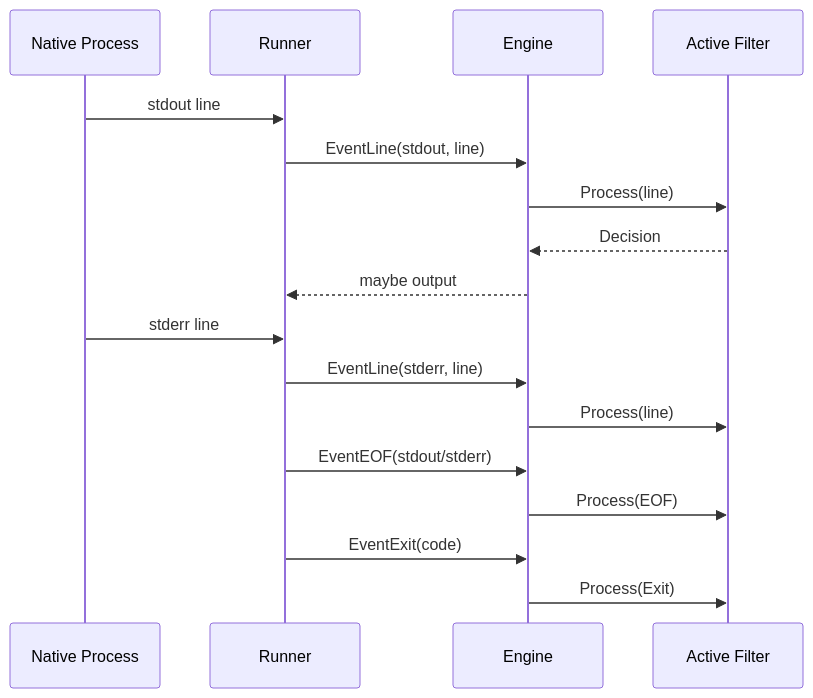
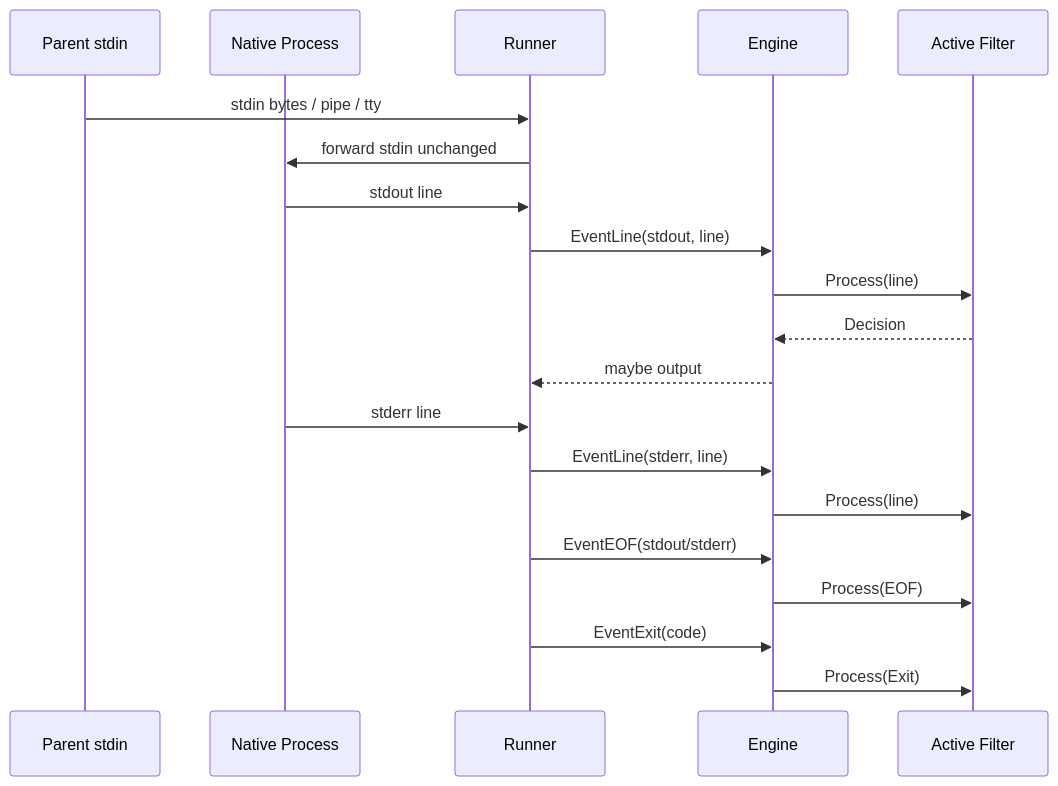
The second of 2 diagrams in ARCHITECTURE.md (SuppieRK/ccp), drawn with Mermaid before and after one commit. The commit also changed other lines of this file and 48 other files, not shown here.

````diff
--- a/ARCHITECTURE.md
+++ b/ARCHITECTURE.md
@@ -113,22 +116,26 @@
 ```mermaid
 sequenceDiagram
+    participant In as Parent stdin
     participant Proc as Native Process
     participant Run as Runner
     participant Eng as Engine
     participant Fil as Active Filter
+
+    In->>Run: stdin bytes / pipe / tty
+    Run->>Proc: forward stdin unchanged
 
     Proc->>Run: stdout line
     Run->>Eng: EventLine(stdout, line)
     Eng->>Fil: Process(line)
     Fil-->>Eng: Decision
     Eng-->>Run: maybe output
 
     Proc->>Run: stderr line
     Run->>Eng: EventLine(stderr, line)
     Eng->>Fil: Process(line)
 
     Run->>Eng: EventEOF(stdout/stderr)
     Eng->>Fil: Process(EOF)
     Run->>Eng: EventExit(code)
     Eng->>Fil: Process(Exit)
 ```
````
